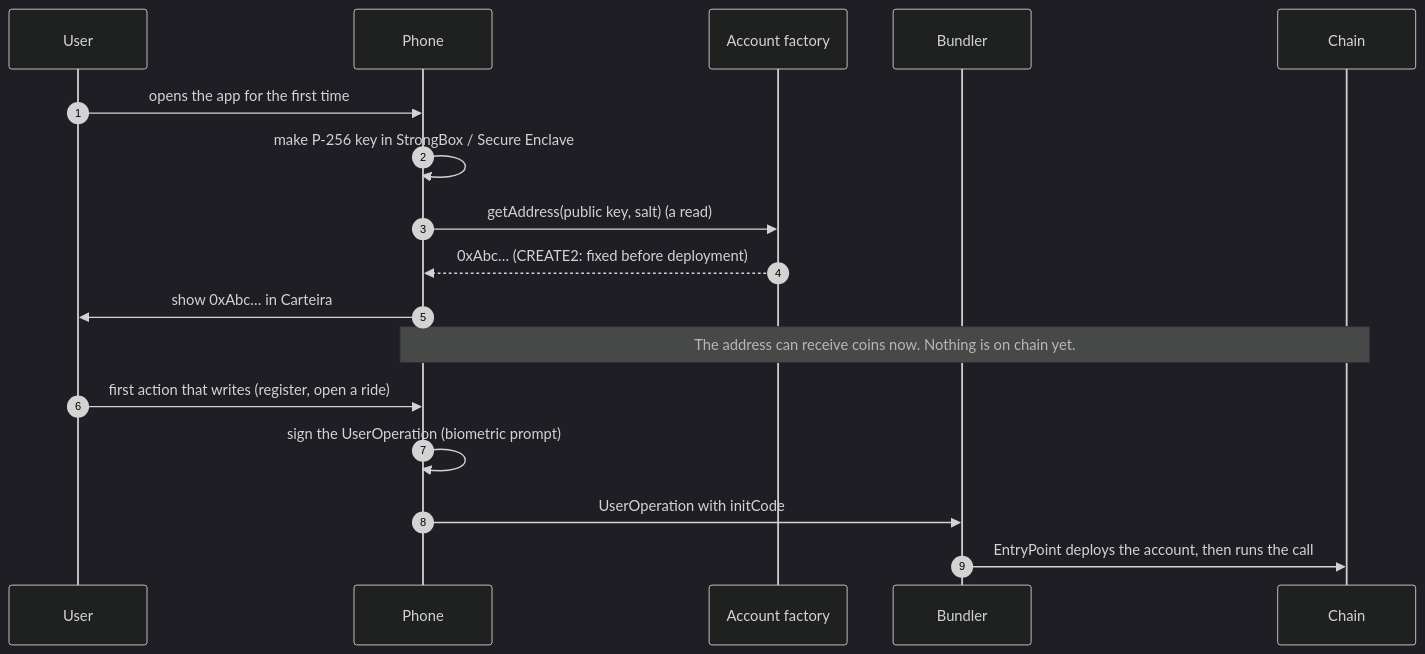
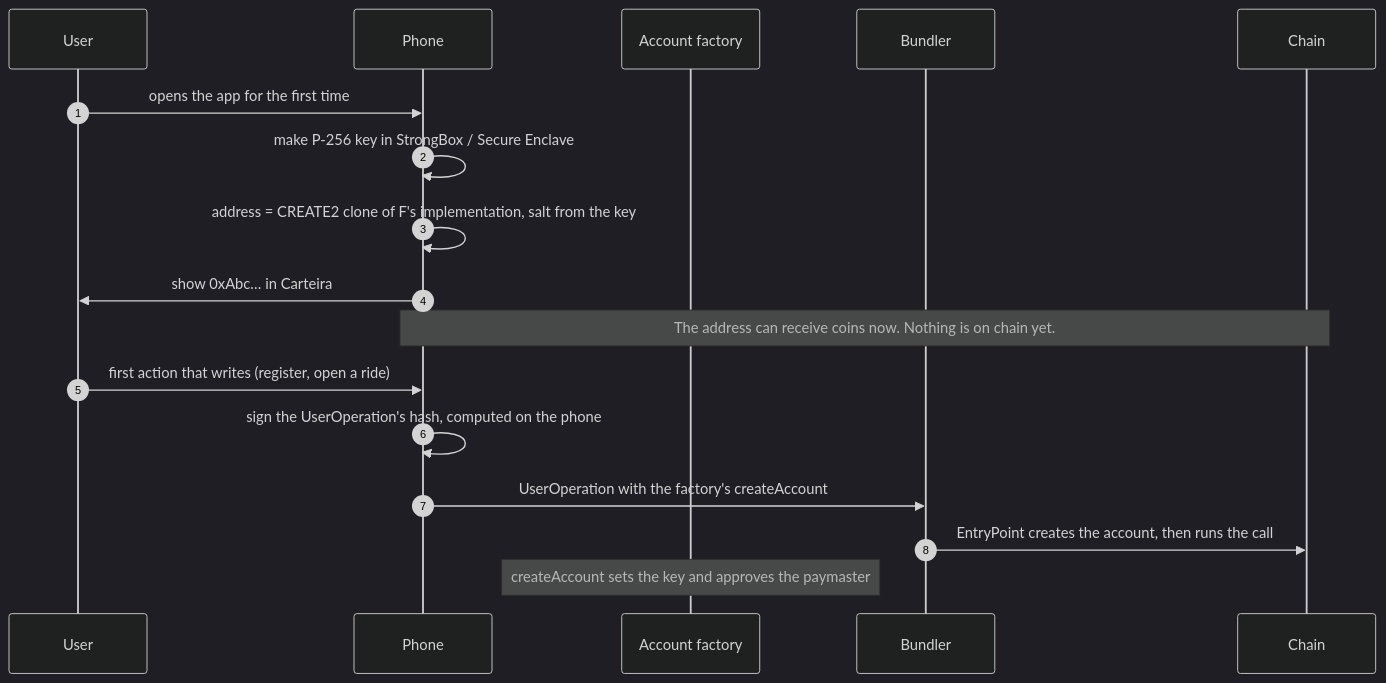
One commit to MuriloSchaefer/klippelgo changed the first of 3 diagrams in docs/accounts-and-pix.md. Above: the diagram before and after it, drawn with Mermaid (dark theme). The commit also changed other lines of this file and 83 other files, not shown here.

````diff
--- a/docs/accounts-and-pix.md
+++ b/docs/accounts-and-pix.md
@@ -48,20 +52,20 @@
 ```mermaid
 sequenceDiagram
     autonumber
     participant U as User
     participant P as Phone
     participant F as Account factory
     participant B as Bundler
     participant C as Chain
 
     U->>P: opens the app for the first time
     P->>P: make P-256 key in StrongBox / Secure Enclave
-    P->>F: getAddress(public key, salt) (a read)
-    F-->>P: 0xAbc… (CREATE2: fixed before deployment)
+    P->>P: address = CREATE2 clone of F's implementation, salt from the key
     P->>U: show 0xAbc… in Carteira
     Note over P,C: The address can receive coins now. Nothing is on chain yet.
     U->>P: first action that writes (register, open a ride)
-    P->>P: sign the UserOperation (biometric prompt)
-    P->>B: UserOperation with initCode
-    B->>C: EntryPoint deploys the account, then runs the call
+    P->>P: sign the UserOperation's hash, computed on the phone
+    P->>B: UserOperation with the factory's createAccount
+    B->>C: EntryPoint creates the account, then runs the call
+    Note over F: createAccount sets the key and approves the paymaster
 ```
````
